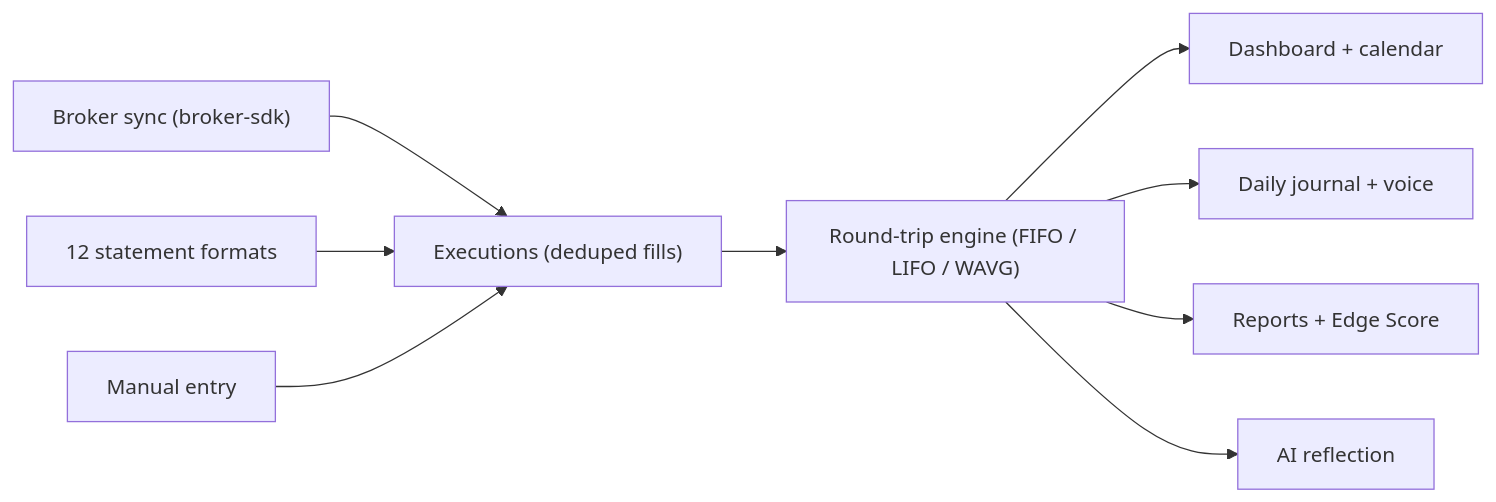
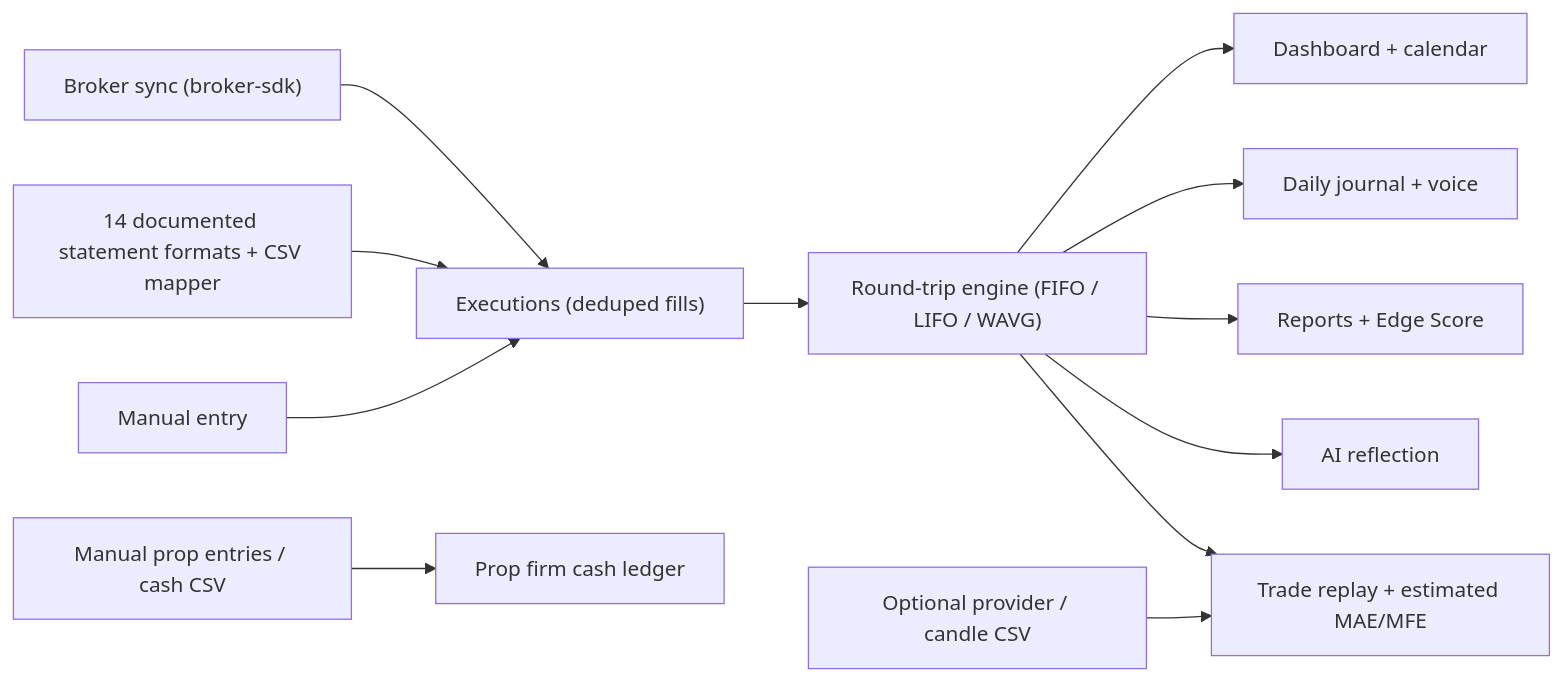
One commit to fiandev/trade-journal changed the diagram in README.md. Above: the diagram before and after it, drawn with Mermaid. The commit also changed other lines of this file and 6 other files, not shown here.

````diff
--- a/README.md
+++ b/README.md
@@ -89,11 +95,14 @@
 ```mermaid
 flowchart LR
     BS["Broker sync (broker-sdk)"] --> EX["Executions (deduped fills)"]
-    IM["12 statement formats"] --> EX
+    IM["14 documented statement formats + CSV mapper"] --> EX
     MN["Manual entry"] --> EX
     EX --> RT["Round-trip engine (FIFO / LIFO / WAVG)"]
     RT --> D["Dashboard + calendar"]
     RT --> J["Daily journal + voice"]
     RT --> R["Reports + Edge Score"]
     RT --> AI["AI reflection"]
+    MD["Optional provider / candle CSV"] --> TR["Trade replay + estimated MAE/MFE"]
+    RT --> TR
+    PC["Manual prop entries / cash CSV"] --> PF["Prop firm cash ledger"]
 ```
````
